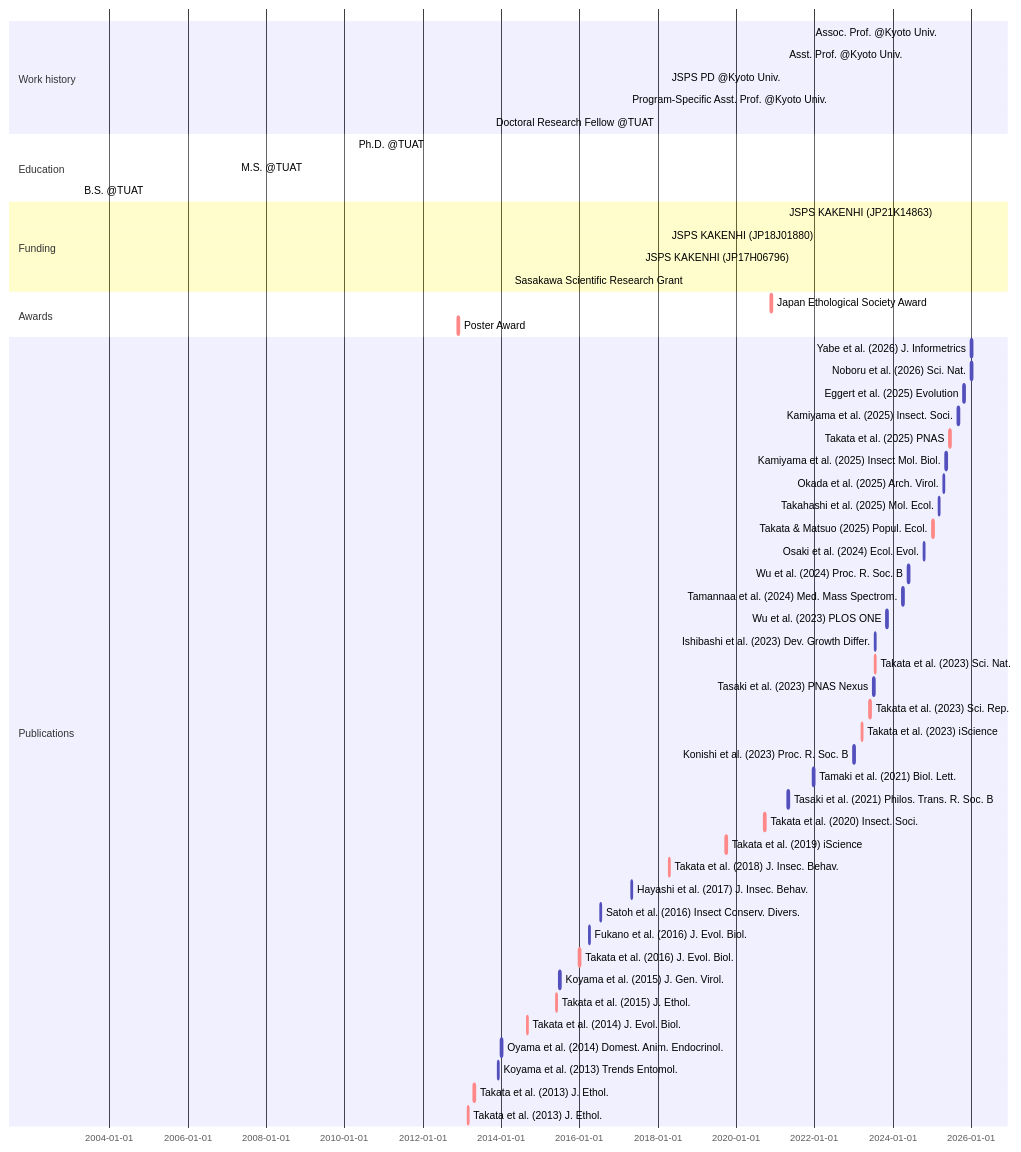
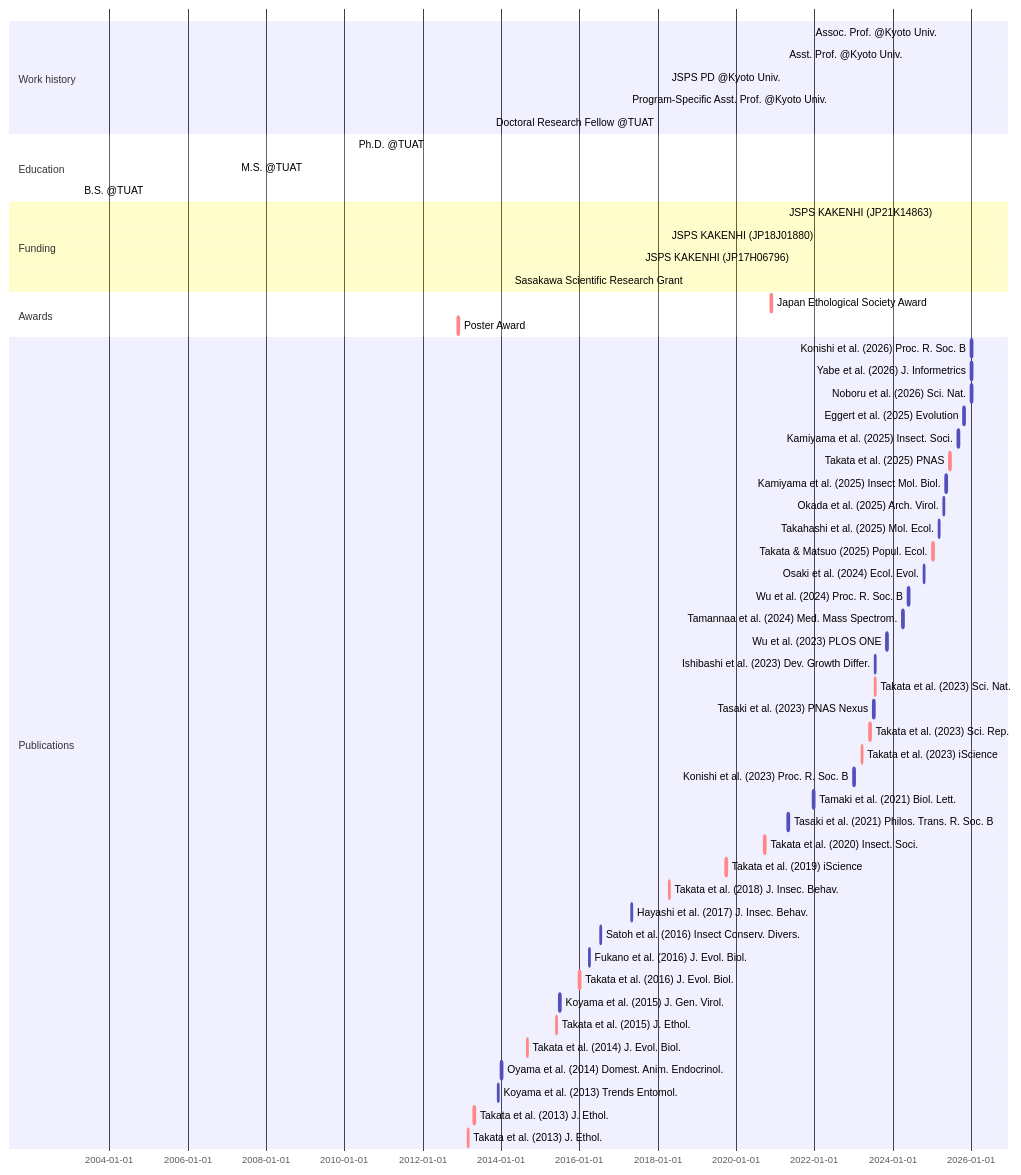
One commit to MamoruTakata/MamoruTakata.github.io changed the diagram in _includes/mermaid-cv.md. Above: the diagram before and after it, drawn with Mermaid.

````diff
--- a/_includes/mermaid-cv.md
+++ b/_includes/mermaid-cv.md
@@ -1,61 +1,62 @@
 ```mermaid
 gantt
 section Work history
   Assoc. Prof. @Kyoto Univ.                     : active, Assoc. Prof., 2025-04-01, 2030-03-31
   Asst. Prof. @Kyoto Univ.                      : active, Asst. Prof., 2021-04-01, 2025-03-31
   JSPS PD @Kyoto Univ.                          : active, PD, 2018-04-01, 2021-03-31
   Program-Specific Asst. Prof. @Kyoto Univ.     : active, Program-Specific Asst. Prof., 2017-04-01, 2018-03-31
   Doctoral Research Fellow @TUAT                : active, Program-Specific Asst. Prof., 2013-10-01, 2017-03-31
 
 section Education
   Ph.D. @TUAT    : Ph.D., 2010-04-01, 2013-09-18
   M.S. @TUAT     : M.S., 2007-04-01, 2010-03-31
   B.S. @TUAT     : B.S., 2003-04-01, 2007-03-31
 
 section Funding
   JSPS KAKENHI (JP21K14863)                     : active, grant_young, 2021-04-01, 2026-03-31
   JSPS KAKENHI (JP18J01880)                     : active, grant_PD, 2018-04-01, 2021-03-31
   JSPS KAKENHI (JP17H06796)                     : active, grant_start, 2017-08-01, 2018-03-31
   Sasakawa Scientific Research Grant            : active, grant_Sasagawa, 2014-04-01, 2015-03-31
 
 section Awards
   Japan Ethological Society Award               : crit, aw_2, 2020-11-21, 2w
   Poster Award                                  : crit, aw_1, 2012-11-24, 2w
 
 section Publications
+  Konishi et al. (2026) Proc. R. Soc. B         :       Konishi et al. 2026, 2026-01-02, 2w
   Yabe et al. (2026) J. Informetrics            :       Yabe et al. 2026, 2026-1-3, 2w
   Noboru et al. (2026) Sci. Nat.                :       Noboru et al. 2026, 2026-1-1, 2w
   Eggert et al. (2025) Evolution                :       Eggert et al. 2025, 2025-10-23, 2w
   Kamiyama et al. (2025) Insect. Soci.          :       Kamiyama et al. 2025, 2025-08-31, 2w
   Takata et al. (2025) PNAS                     : crit, Takata et al. 2025, 2025-06-13, 2w
   Kamiyama et al. (2025) Insect Mol. Biol.      :       Kamiyama et al. 2025, 2025-05-11, 2w
   Okada et al. (2025) Arch. Virol.              :       Okada et al. 2025, 2025-04-16, 2w
   Takahashi et al. (2025) Mol. Ecol.            :       Takahashi et al. 2025, 2025-03-04, 2w
   Takata & Matsuo (2025) Popul. Ecol.           : crit, Takata & Matsuo 2025, 2025-01-07, 2w
   Osaki et al. (2024) Ecol. Evol.               :       Osaki et al. 2024, 2024-10-17, 2w
   Wu et al. (2024) Proc. R. Soc. B              :       Wu et al. 2024, 2024-05-22, 2w
   Tamannaa et al. (2024) Med. Mass Spectrom.    :       Tamannaa et al. 2024, 2024-04-01, 2w
   Wu et al. (2023) PLOS ONE                     :       Wu et al. 2023, 2023-11-02, 2w
   Ishibashi et al. (2023) Dev. Growth Differ.   :       Ishibashi et al. 2023, 2023-07-18, 2w
   Takata et al. (2023) Sci. Nat.                : crit, Takata et al. 2023c, 2023-07-17, 2w
   Tasaki et al. (2023) PNAS Nexus               :       Tasaki et al. 2023, 2023-07-04, 2w
   Takata et al. (2023) Sci. Rep.                : crit, Takata et al. 2023b, 2023-05-31, 2w
   Takata et al. (2023) iScience                 : crit, Takata et al. 2023a, 2023-03-17, 2w
   Konishi et al. (2023) Proc. R. Soc. B         :       Konishi et al. 2023, 2023-01-04, 2w
   Tamaki et al. (2021) Biol. Lett.              :       Tamaki et al. 2021, 2021-12-22, 2w
   Tasaki et al. (2021) Philos. Trans. R. Soc. B :       Tasaki et al. 2021, 2021-04-26, 2w
   Takata et al. (2020) Insect. Soci.            : crit, Takata et al. 2020, 2020-09-22, 2w
   Takata et al. (2019) iScience                 : crit, Takata et al. 2019, 2019-09-27, 2w
   Takata et al. (2018) J. Insec. Behav.         : crit, Takata et al. 2018, 2018-04-14, 2w
   Hayashi et al. (2017) J. Insec. Behav.        :       Hayashi et al. 2017, 2017-04-29, 2w
   Satoh et al. (2016) Insect Conserv. Divers.   :       Satoh et al. 2016, 2016-07-16, 2w
   Fukano et al. (2016) J. Evol. Biol.           :       Fukano et al. 2016, 2016-04-01, 2w
   Takata et al. (2016) J. Evol. Biol.           : crit, Takata et al. 2016, 2016-01-01, 2w
   Koyama et al. (2015) J. Gen. Virol.           :       Koyama et al. 2015, 2015-07-01, 2w
   Takata et al. (2015) J. Ethol.                : crit, Takata et al. 2015, 2015-05-28, 2w
   Takata et al. (2014) J. Evol. Biol.           : crit, Takata et al. 2014, 2014-09-01, 2w
   Oyama et al. (2014) Domest. Anim. Endocrinol. :       Oyama et al. 2014, 2014-01-01, 2w
   Koyama et al. (2013) Trends Entomol.          :       Koyama et al. 2013, 2013-12-01, 2w
   Takata et al. (2013) J. Ethol.                : crit, Takata et al. 2015b, 2013-04-21, 2w
   Takata et al. (2013) J. Ethol.                : crit, Takata et al. 2015a, 2013-02-23, 2w
 ```
````
